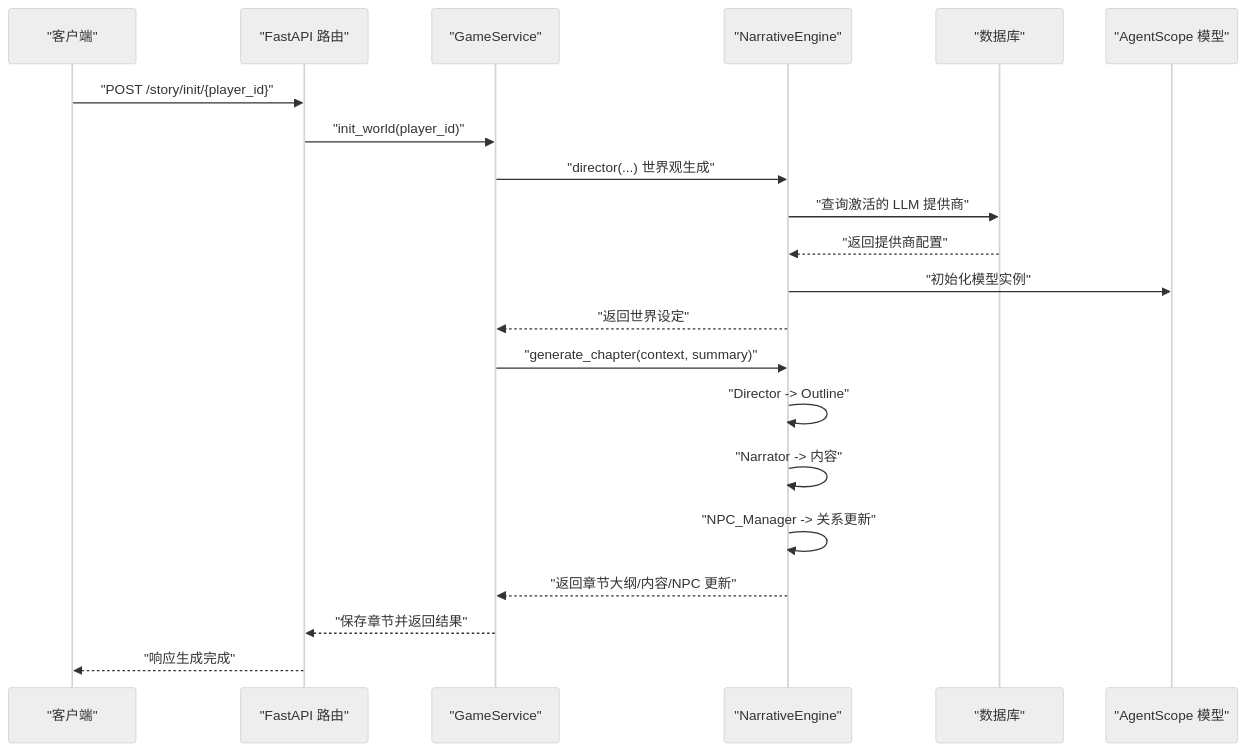
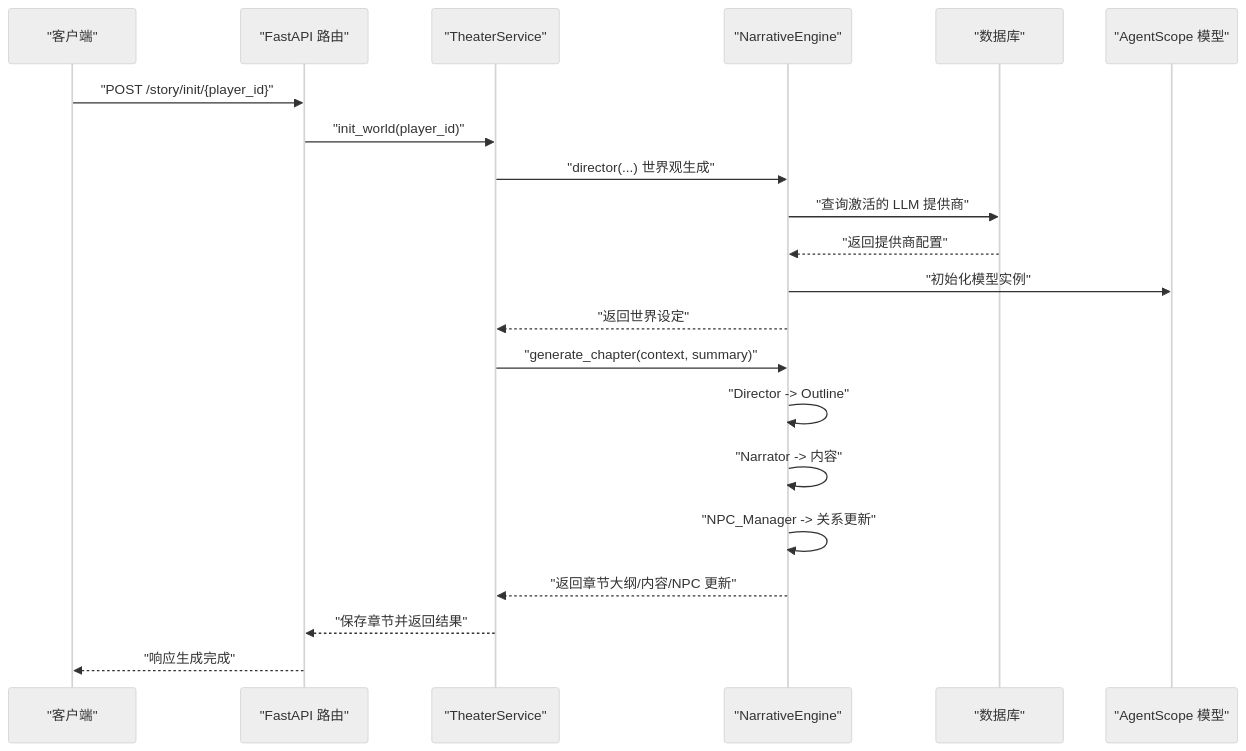
One commit to KunLabAI/KunFlix changed the second of 7 diagrams in .qoder/repowiki/zh/content/多智能体叙事引擎/智能体架构设计.md. Above: the diagram before and after it, drawn with Mermaid (neutral theme). The commit also changed other lines of this file and 112 other files, not shown here.

````diff
--- a/.qoder/repowiki/zh/content/多智能体叙事引擎/智能体架构设计.md
+++ b/.qoder/repowiki/zh/content/多智能体叙事引擎/智能体架构设计.md
@@ -113,23 +113,23 @@
 ```mermaid
 sequenceDiagram
 participant Client as "客户端"
 participant API as "FastAPI 路由"
-participant Svc as "GameService"
+participant Svc as "TheaterService"
 participant NE as "NarrativeEngine"
 participant DB as "数据库"
 participant AS as "AgentScope 模型"
 Client->>API : "POST /story/init/{player_id}"
 API->>Svc : "init_world(player_id)"
 Svc->>NE : "director(...) 世界观生成"
 NE->>DB : "查询激活的 LLM 提供商"
 DB-->>NE : "返回提供商配置"
 NE->>AS : "初始化模型实例"
 NE-->>Svc : "返回世界设定"
 Svc->>NE : "generate_chapter(context, summary)"
 NE->>NE : "Director -> Outline"
 NE->>NE : "Narrator -> 内容"
 NE->>NE : "NPC_Manager -> 关系更新"
 NE-->>Svc : "返回章节大纲/内容/NPC 更新"
 Svc-->>API : "保存章节并返回结果"
 API-->>Client : "响应生成完成"
 ```
````
